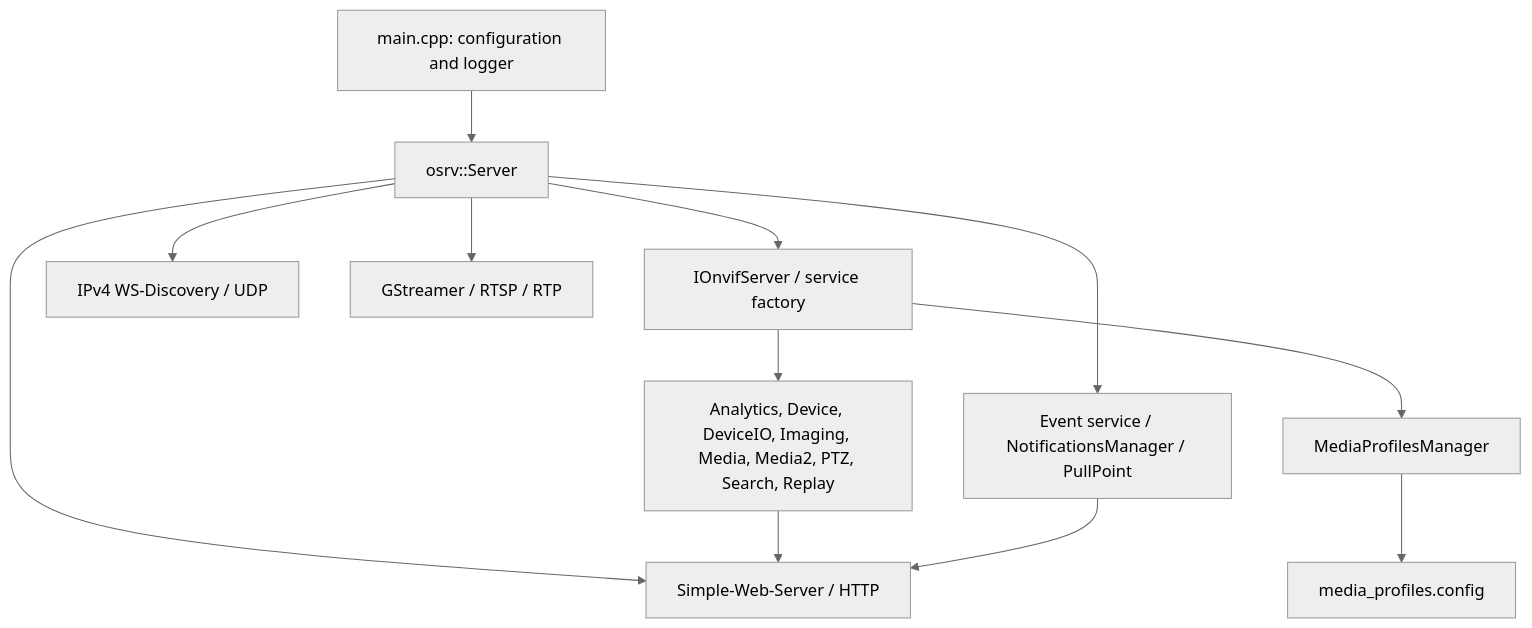
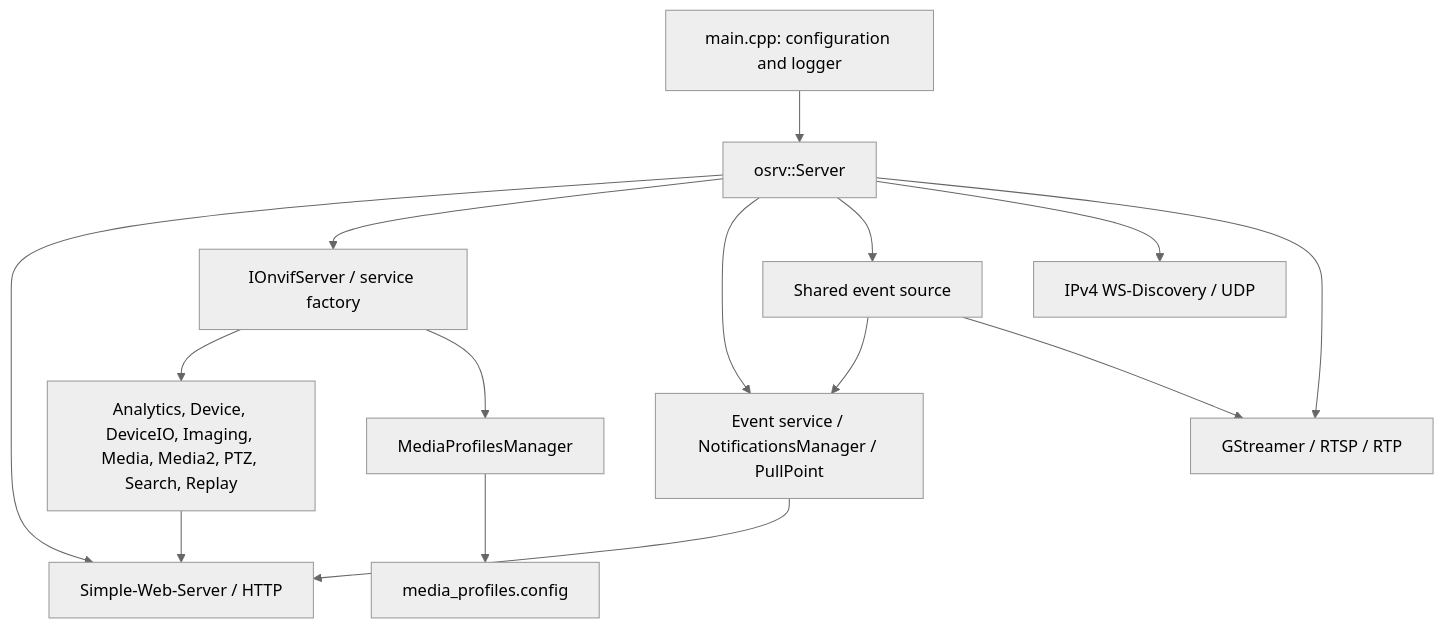
One commit to Abay11/onvif_server_emulator changed the diagram in docs/architecture.md. Above: the diagram before and after it, drawn with Mermaid (neutral theme). The commit also changed other lines of this file and 24 other files, not shown here.

First line of the commit message:
feat: Implement RTSP metadata support and event source enhancements

````diff
--- a/docs/architecture.md
+++ b/docs/architecture.md
@@ -65,14 +65,17 @@
 ```mermaid
 flowchart TD
     Main[main.cpp: configuration and logger] --> Server[osrv::Server]
     Server --> HTTP[Simple-Web-Server / HTTP]
     Server --> Context[IOnvifServer / service factory]
     Context --> SOAP[Analytics, Device, DeviceIO, Imaging, Media, Media2, PTZ, Search, Replay]
     SOAP --> HTTP
     Context --> Profiles[MediaProfilesManager]
     Profiles --> JSON[media_profiles.config]
     Server --> Events[Event service / NotificationsManager / PullPoint]
+    Server --> EventSource[Shared event source]
+    EventSource --> Events
+    EventSource --> RTSP
     Events --> HTTP
     Server --> Discovery[IPv4 WS-Discovery / UDP]
     Server --> RTSP[GStreamer / RTSP / RTP]
 ```
````
